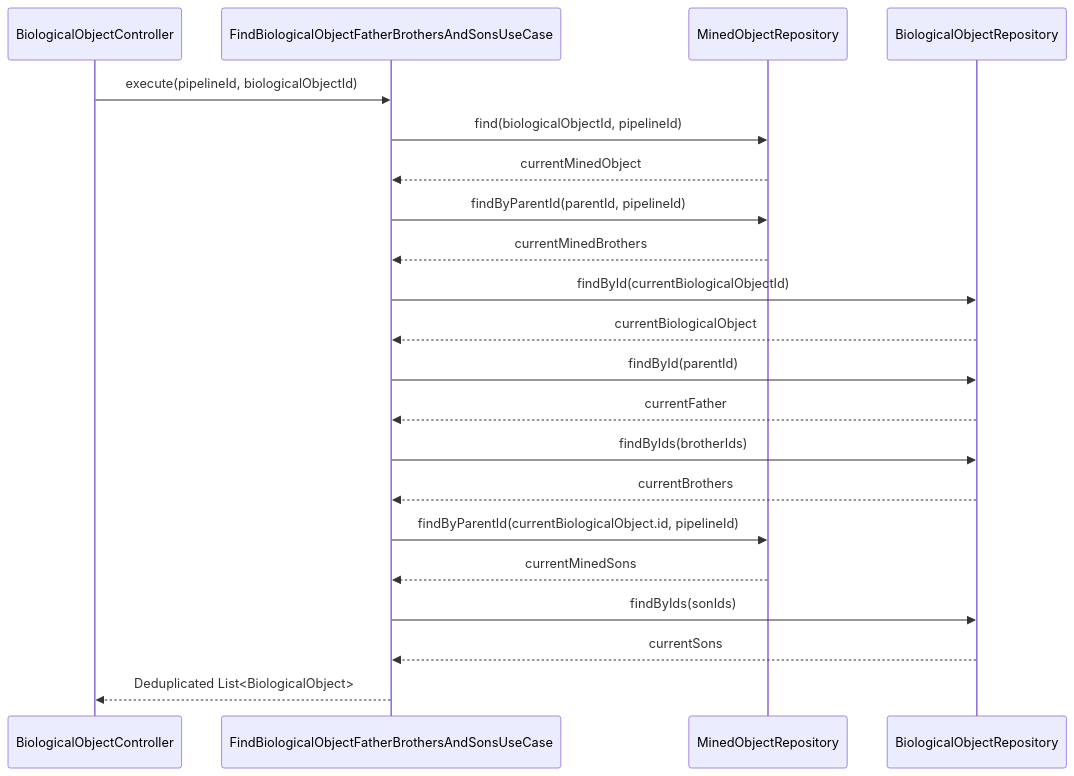
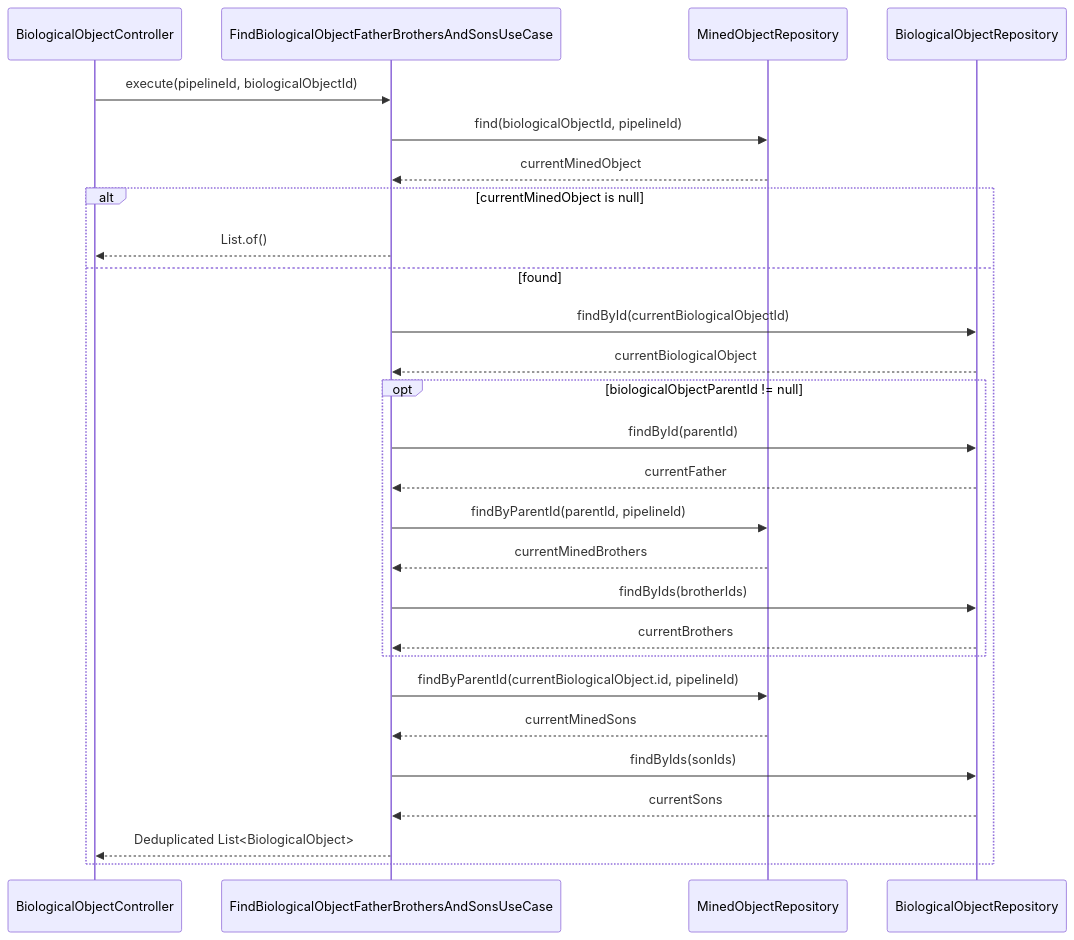
One commit to Biopatternsg-ms/search-biological-objects changed the diagram in .agents/use_cases/FindBiologicalObjectFatherBrothersAndSonsUseCase.md. Above: the diagram before and after it, drawn with Mermaid. The commit also changed other lines of this file and 20 other files, not shown here.

````diff
--- a/.agents/use_cases/FindBiologicalObjectFatherBrothersAndSonsUseCase.md
+++ b/.agents/use_cases/FindBiologicalObjectFatherBrothersAndSonsUseCase.md
@@ -24,24 +23,30 @@
 ```mermaid
 sequenceDiagram
     participant C as BiologicalObjectController
     participant UC as FindBiologicalObjectFatherBrothersAndSonsUseCase
     participant MR as MinedObjectRepository
     participant BR as BiologicalObjectRepository
 
     C->>UC: execute(pipelineId, biologicalObjectId)
     UC->>MR: find(biologicalObjectId, pipelineId)
     MR-->>UC: currentMinedObject
-    UC->>MR: findByParentId(parentId, pipelineId)
-    MR-->>UC: currentMinedBrothers
-    UC->>BR: findById(currentBiologicalObjectId)
-    BR-->>UC: currentBiologicalObject
-    UC->>BR: findById(parentId)
-    BR-->>UC: currentFather
-    UC->>BR: findByIds(brotherIds)
-    BR-->>UC: currentBrothers
-    UC->>MR: findByParentId(currentBiologicalObject.id, pipelineId)
-    MR-->>UC: currentMinedSons
-    UC->>BR: findByIds(sonIds)
-    BR-->>UC: currentSons
-    UC-->>C: Deduplicated List<BiologicalObject>
+    alt currentMinedObject is null
+        UC-->>C: List.of()
+    else found
+        UC->>BR: findById(currentBiologicalObjectId)
+        BR-->>UC: currentBiologicalObject
+        opt biologicalObjectParentId != null
+            UC->>BR: findById(parentId)
+            BR-->>UC: currentFather
+            UC->>MR: findByParentId(parentId, pipelineId)
+            MR-->>UC: currentMinedBrothers
+            UC->>BR: findByIds(brotherIds)
+            BR-->>UC: currentBrothers
+        end
+        UC->>MR: findByParentId(currentBiologicalObject.id, pipelineId)
+        MR-->>UC: currentMinedSons
+        UC->>BR: findByIds(sonIds)
+        BR-->>UC: currentSons
+        UC-->>C: Deduplicated List<BiologicalObject>
+    end
 ```
````
